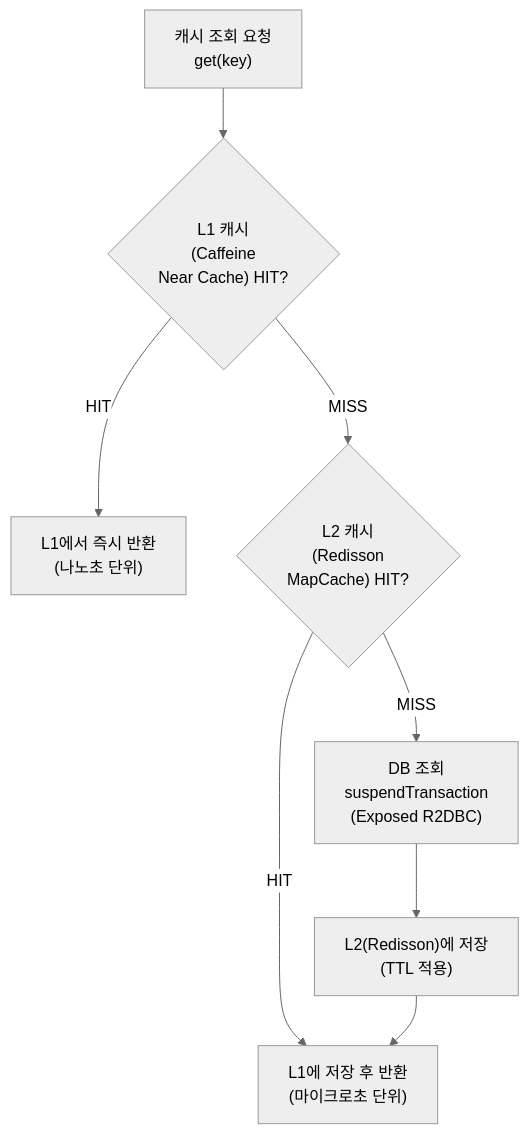
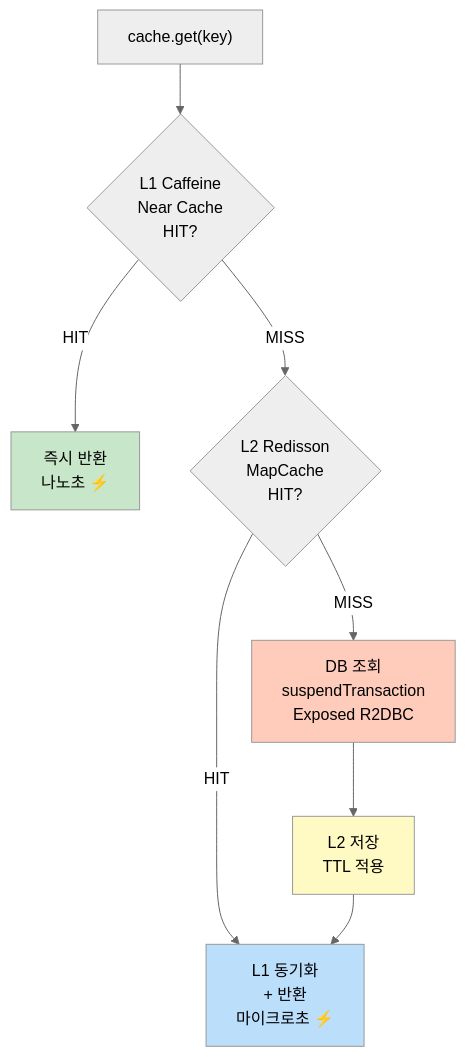
One commit to bluetape4k/exposed-r2dbc-workshop changed the second of 4 diagrams in 11-high-performance/02-cache-strategies-r2dbc/README.md. Above: the diagram before and after it, drawn with Mermaid (neutral theme). The commit also changed other lines of this file, not shown here.

Commit message:
docs(02-cache-strategies-r2dbc): Mermaid 다이어그램 개선 (classDiagram, flowchart, 전략 비교)

````diff
--- a/11-high-performance/02-cache-strategies-r2dbc/README.md
+++ b/11-high-performance/02-cache-strategies-r2dbc/README.md
@@ -68,10 +75,15 @@
 ```mermaid
 flowchart TD
-    REQ["캐시 조회 요청\nget(key)"] --> L1{"L1 캐시\n(Caffeine\nNear Cache) HIT?"}
-    L1 -->|HIT| R1["L1에서 즉시 반환\n(나노초 단위)"]
-    L1 -->|MISS| L2{"L2 캐시\n(Redisson\nMapCache) HIT?"}
-    L2 -->|HIT| FILL1["L1에 저장 후 반환\n(마이크로초 단위)"]
-    L2 -->|MISS| DB["DB 조회\nsuspendTransaction\n(Exposed R2DBC)"]
-    DB --> FILL2["L2(Redisson)에 저장\n(TTL 적용)"]
+    REQ["cache.get(key)"] --> L1{L1 Caffeine<br/>Near Cache<br/>HIT?}
+    L1 -->|HIT| RET1["즉시 반환<br/>나노초 ⚡"]
+    L1 -->|MISS| L2{L2 Redisson<br/>MapCache<br/>HIT?}
+    L2 -->|HIT| FILL1["L1 동기화<br/>+ 반환<br/>마이크로초 ⚡"]
+    L2 -->|MISS| DB["DB 조회<br/>suspendTransaction<br/>Exposed R2DBC"]
+    DB --> FILL2["L2 저장<br/>TTL 적용"]
     FILL2 --> FILL1
+    
+    style RET1 fill:#c8e6c9
+    style FILL1 fill:#bbdefb
+    style FILL2 fill:#fff9c4
+    style DB fill:#ffccbc
 ```
````
